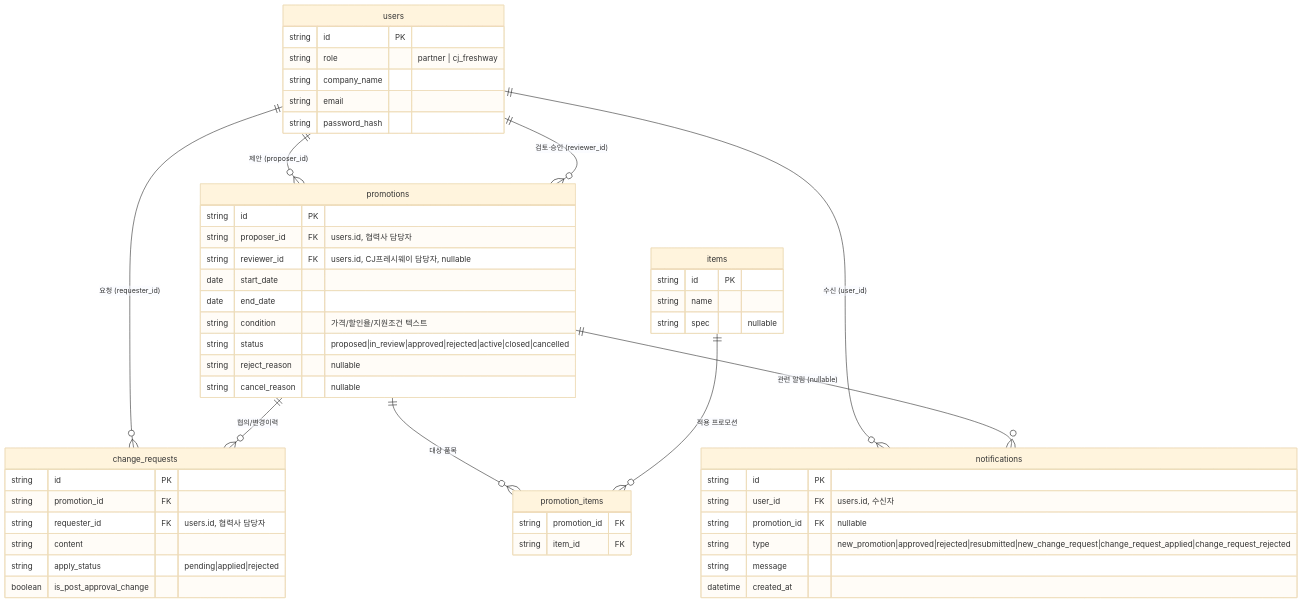
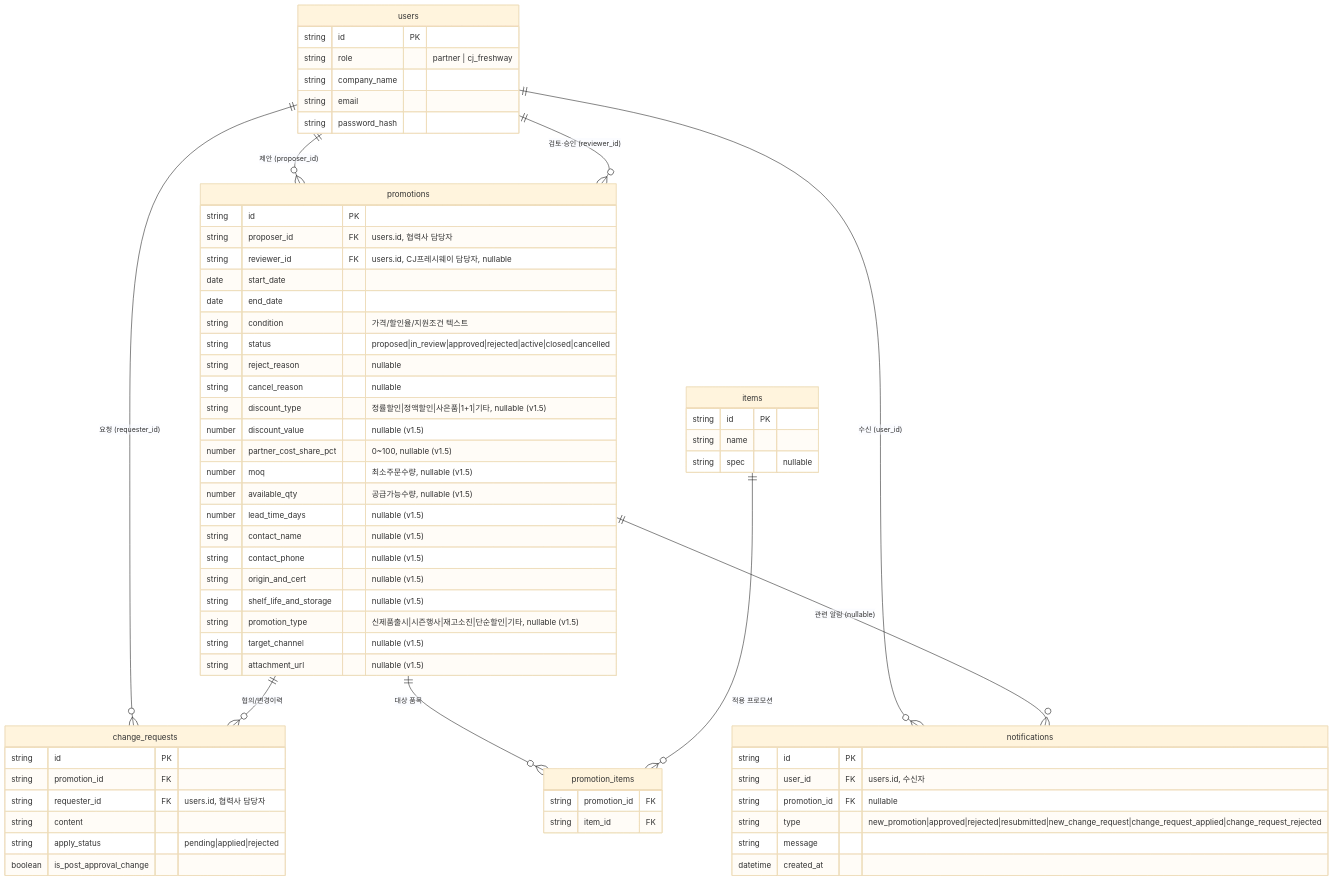
The diagram in docs/8-erd.md (spongood99-spec/b2b-promo), drawn with Mermaid (base theme) before and after one commit. The commit also changed other lines of this file and 12 other files, not shown here.

````diff
--- a/docs/8-erd.md
+++ b/docs/8-erd.md
@@ -5,60 +5,73 @@
 ```mermaid
 erDiagram
     users ||--o{ promotions : "제안 (proposer_id)"
     users ||--o{ promotions : "검토·승인 (reviewer_id)"
     users ||--o{ change_requests : "요청 (requester_id)"
     promotions ||--o{ change_requests : "협의/변경이력"
     promotions ||--o{ promotion_items : "대상 품목"
     items ||--o{ promotion_items : "적용 프로모션"
     users ||--o{ notifications : "수신 (user_id)"
     promotions ||--o{ notifications : "관련 알림 (nullable)"
 
     users {
         string id PK
         string role "partner | cj_freshway"
         string company_name
         string email
         string password_hash
     }
 
     promotions {
         string id PK
         string proposer_id FK "users.id, 협력사 담당자"
         string reviewer_id FK "users.id, CJ프레시웨이 담당자, nullable"
         date start_date
         date end_date
         string condition "가격/할인율/지원조건 텍스트"
         string status "proposed|in_review|approved|rejected|active|closed|cancelled"
         string reject_reason "nullable"
         string cancel_reason "nullable"
+        string discount_type "정률할인|정액할인|사은품|1+1|기타, nullable (v1.5)"
+        number discount_value "nullable (v1.5)"
+        number partner_cost_share_pct "0~100, nullable (v1.5)"
+        number moq "최소주문수량, nullable (v1.5)"
+        number available_qty "공급가능수량, nullable (v1.5)"
+        number lead_time_days "nullable (v1.5)"
+        string contact_name "nullable (v1.5)"
+        string contact_phone "nullable (v1.5)"
+        string origin_and_cert "nullable (v1.5)"
+        string shelf_life_and_storage "nullable (v1.5)"
+        string promotion_type "신제품출시|시즌행사|재고소진|단순할인|기타, nullable (v1.5)"
+        string target_channel "nullable (v1.5)"
+        string attachment_url "nullable (v1.5)"
     }
 
     items {
         string id PK
         string name
         string spec "nullable"
     }
 
     promotion_items {
         string promotion_id FK
         string item_id FK
     }
 
     change_requests {
         string id PK
         string promotion_id FK
         string requester_id FK "users.id, 협력사 담당자"
         string content
         string apply_status "pending|applied|rejected"
         boolean is_post_approval_change
     }
 
     notifications {
         string id PK
         string user_id FK "users.id, 수신자"
         string promotion_id FK "nullable"
         string type "new_promotion|approved|rejected|resubmitted|new_change_request|change_request_applied|change_request_rejected"
         string message
         datetime created_at
     }
 ```
````
